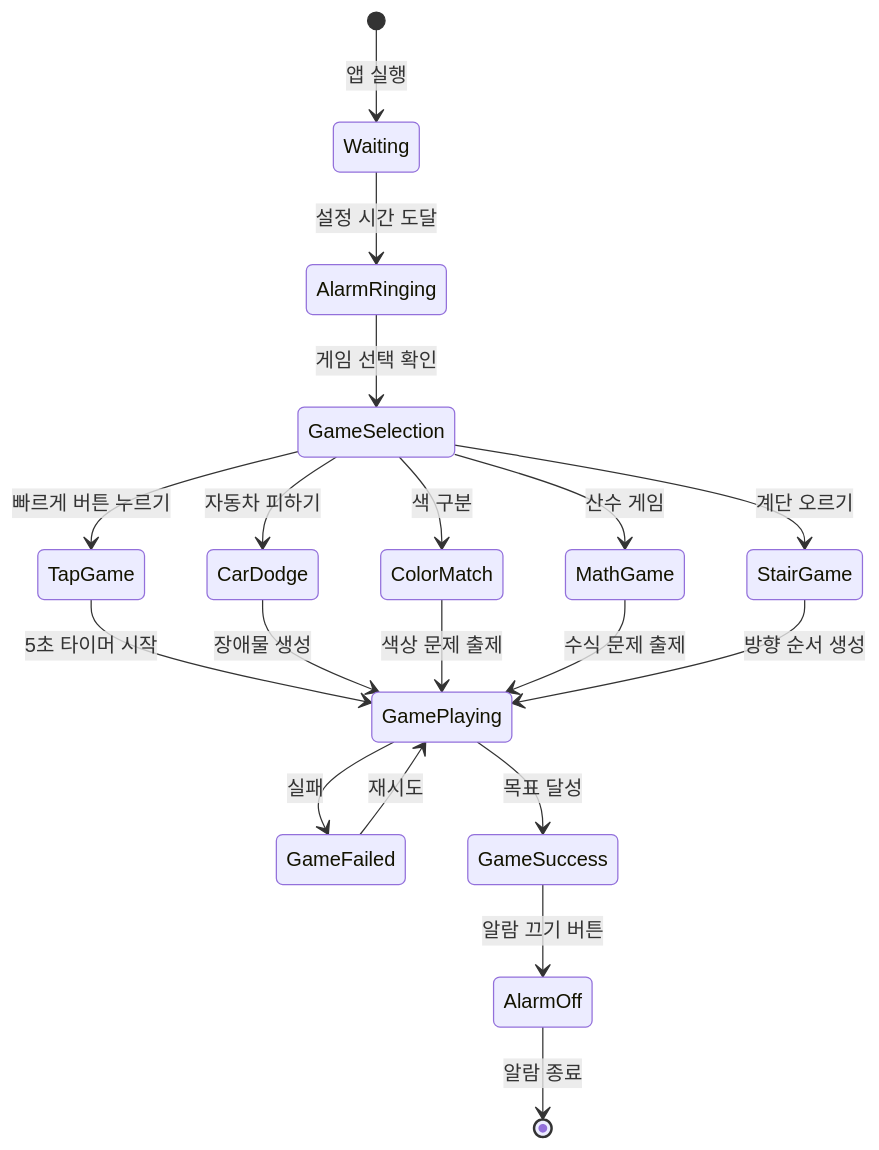
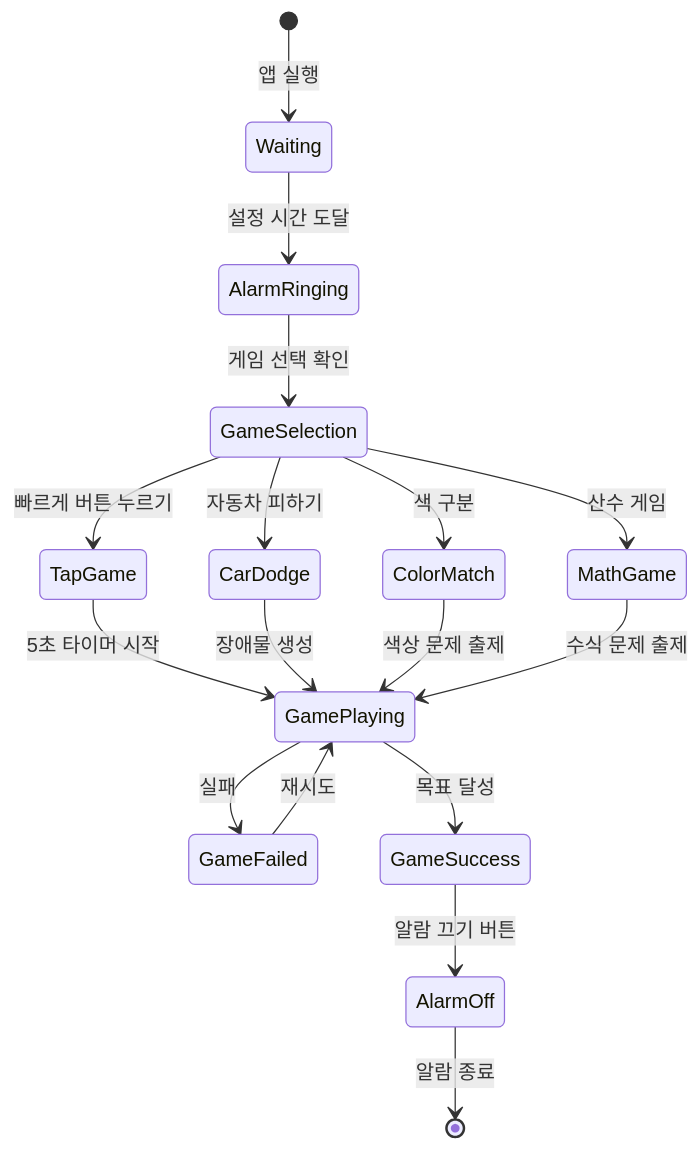
One commit to Jaehyeon-kr/Every_Alarm changed the fifth of 6 diagrams in README.md. Above: the diagram before and after it, drawn with Mermaid. The commit also changed other lines of this file, not shown here.

````diff
--- a/README.md
+++ b/README.md
@@ -218,25 +219,23 @@
 ```mermaid
 stateDiagram-v2
     [*] --> Waiting: 앱 실행
     Waiting --> AlarmRinging: 설정 시간 도달
     AlarmRinging --> GameSelection: 게임 선택 확인
 
     GameSelection --> TapGame: 빠르게 버튼 누르기
     GameSelection --> CarDodge: 자동차 피하기
     GameSelection --> ColorMatch: 색 구분
     GameSelection --> MathGame: 산수 게임
-    GameSelection --> StairGame: 계단 오르기
 
     TapGame --> GamePlaying: 5초 타이머 시작
     CarDodge --> GamePlaying: 장애물 생성
     ColorMatch --> GamePlaying: 색상 문제 출제
     MathGame --> GamePlaying: 수식 문제 출제
-    StairGame --> GamePlaying: 방향 순서 생성
 
     GamePlaying --> GameFailed: 실패
     GamePlaying --> GameSuccess: 목표 달성
 
     GameFailed --> GamePlaying: 재시도
     GameSuccess --> AlarmOff: 알람 끄기 버튼
     AlarmOff --> [*]: 알람 종료
 ```
````
